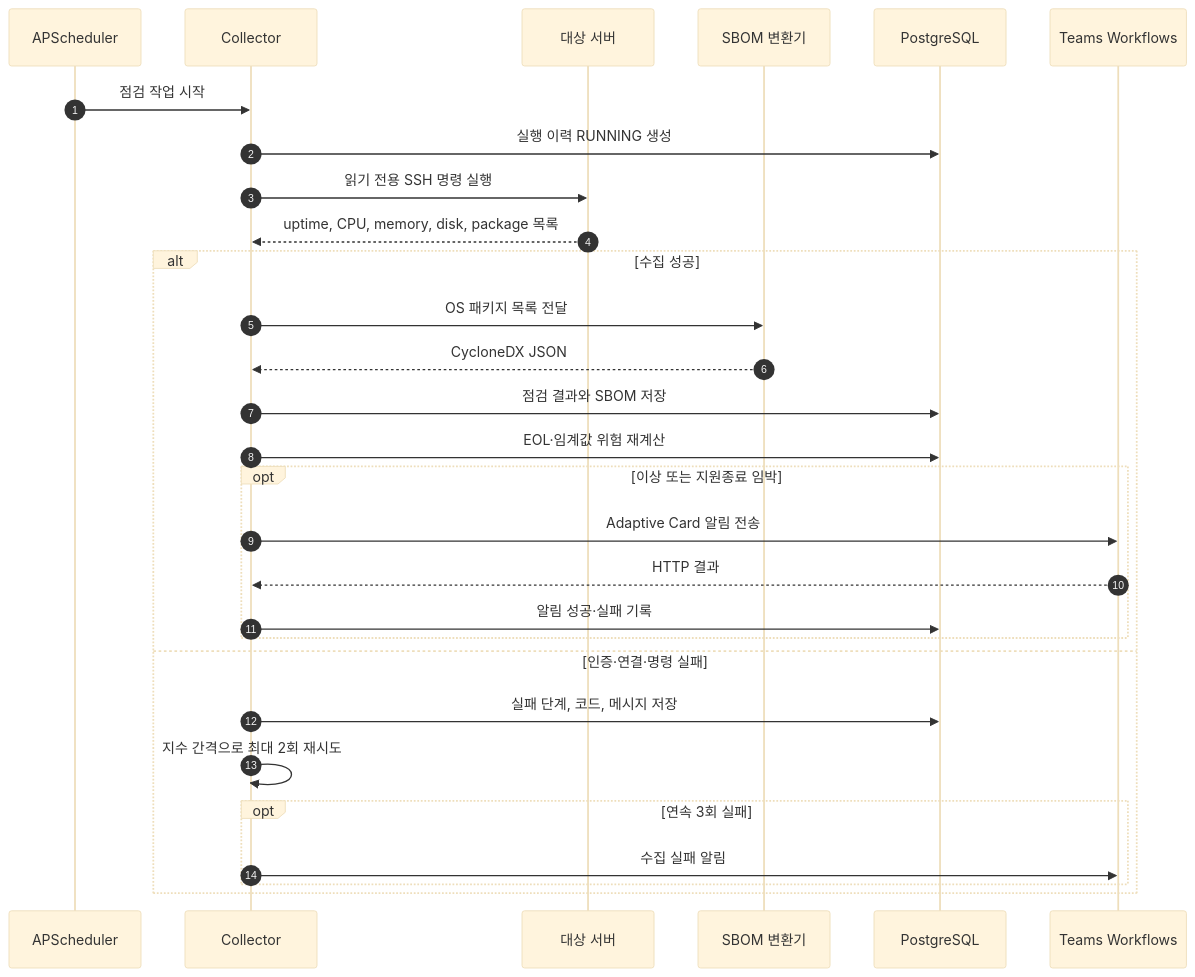
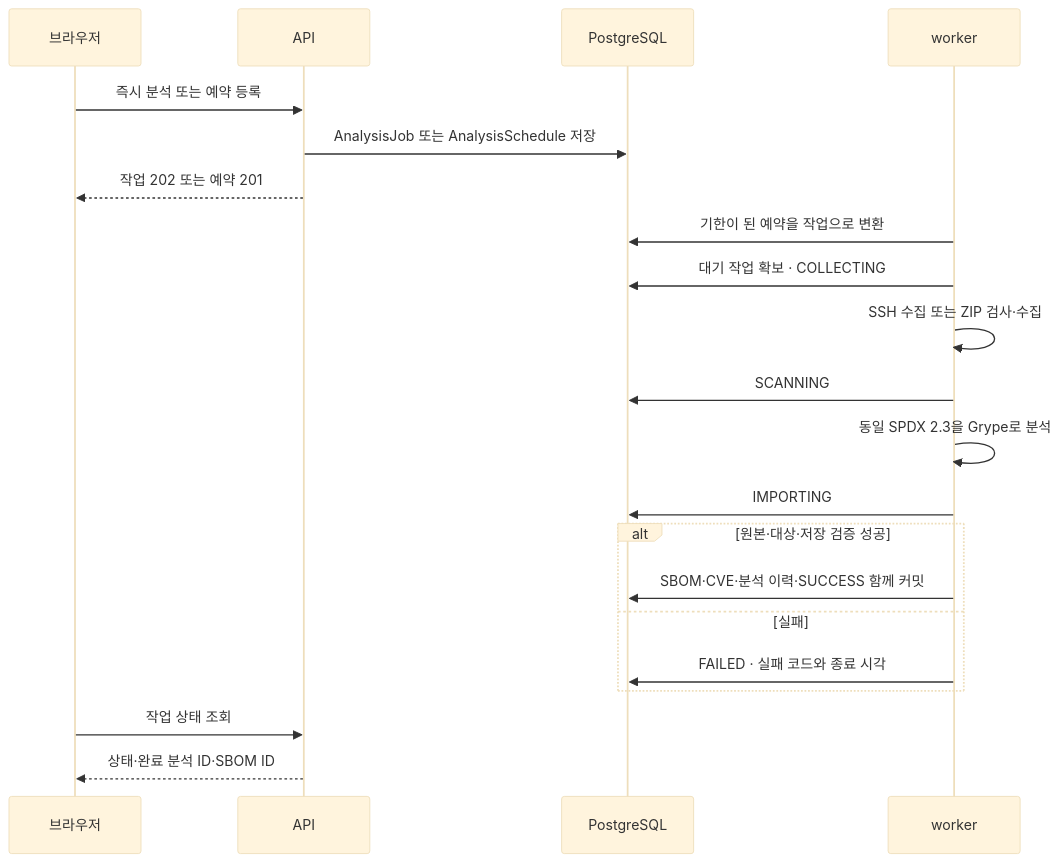
The second of 2 diagrams in docs/ARCHITECTURE.md (adieud99/eolwatch), drawn with Mermaid (base theme) before and after one commit. The commit also changed other lines of this file and 261 other files, not shown here.

First line of the commit message:
feat: project history, ZIP reanalysis, cancellation, EOL catalog, asset inventory

````diff
--- a/docs/ARCHITECTURE.md
+++ b/docs/ARCHITECTURE.md
@@ -175,32 +60,23 @@
 ```mermaid
 sequenceDiagram
-    autonumber
-    participant S as APScheduler
-    participant C as Collector
-    participant T as 대상 서버
-    participant B as SBOM 변환기
+    participant U as 브라우저
+    participant A as API
     participant D as PostgreSQL
-    participant N as Teams Workflows
-
-    S->>C: 점검 작업 시작
-    C->>D: 실행 이력 RUNNING 생성
-    C->>T: 읽기 전용 SSH 명령 실행
-    T-->>C: uptime, CPU, memory, disk, package 목록
-    alt 수집 성공
-        C->>B: OS 패키지 목록 전달
-        B-->>C: CycloneDX JSON
-        C->>D: 점검 결과와 SBOM 저장
-        C->>D: EOL·임계값 위험 재계산
-        opt 이상 또는 지원종료 임박
-            C->>N: Adaptive Card 알림 전송
-            N-->>C: HTTP 결과
-            C->>D: 알림 성공·실패 기록
-        end
-    else 인증·연결·명령 실패
-        C->>D: 실패 단계, 코드, 메시지 저장
-        C->>C: 지수 간격으로 최대 2회 재시도
-        opt 연속 3회 실패
-            C->>N: 수집 실패 알림
-        end
+    participant W as worker
+    U->>A: 즉시 분석 또는 예약 등록
+    A->>D: AnalysisJob 또는 AnalysisSchedule 저장
+    A-->>U: 작업 202 또는 예약 201
+    W->>D: 기한이 된 예약을 작업으로 변환
+    W->>D: 대기 작업 확보 · COLLECTING
+    W->>W: SSH 수집 또는 ZIP 검사·수집
+    W->>D: SCANNING
+    W->>W: 동일 SPDX 2.3을 Grype로 분석
+    W->>D: IMPORTING
+    alt 원본·대상·저장 검증 성공
+        W->>D: SBOM·CVE·분석 이력·SUCCESS 함께 커밋
+    else 실패
+        W->>D: FAILED · 실패 코드와 종료 시각
     end
+    U->>A: 작업 상태 조회
+    A-->>U: 상태·완료 분석 ID·SBOM ID
 ```
````
